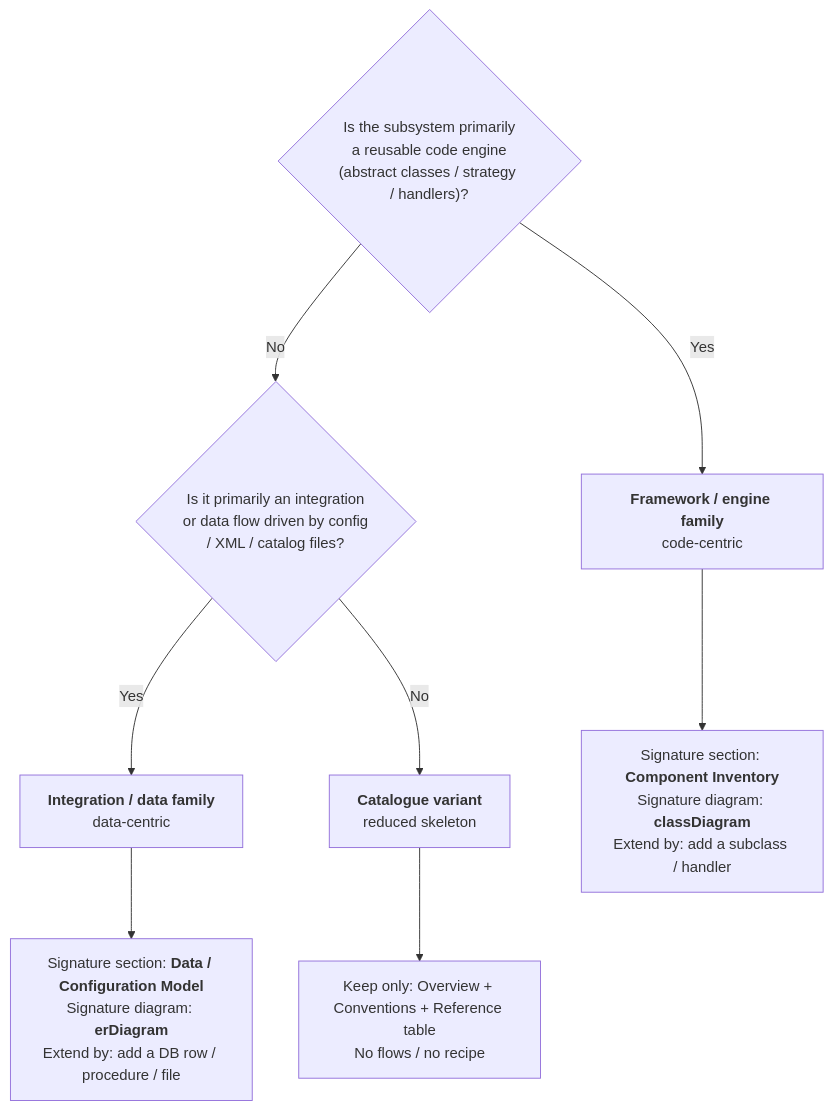
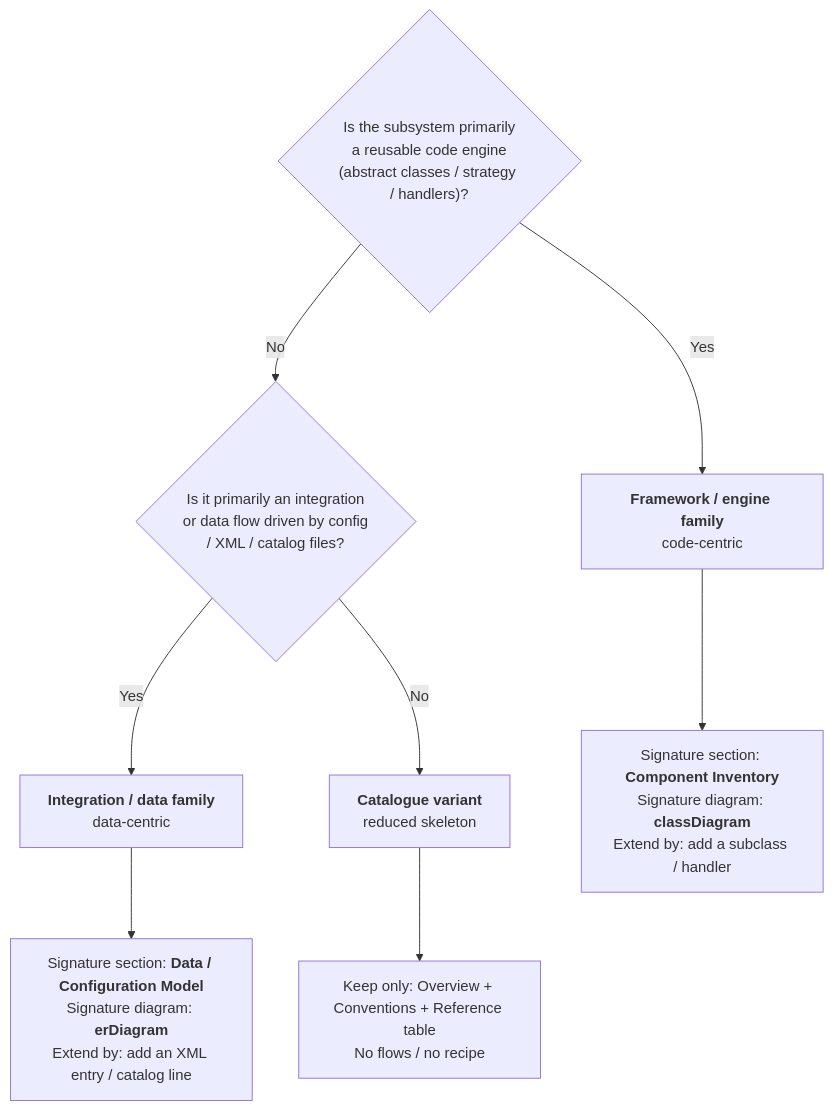
Before and after one commit to alesky78/TigerSupply: the second of 2 diagrams in documentation/subsystems/subsystem-documentation-guide.md, drawn with Mermaid. The commit also changed other lines of this file and 32 other files, not shown here.

````diff
--- a/documentation/subsystems/subsystem-documentation-guide.md
+++ b/documentation/subsystems/subsystem-documentation-guide.md
@@ -103,12 +103,12 @@
 ```mermaid
 flowchart TD
     Q1{"Is the subsystem primarily<br/>a reusable code engine<br/>(abstract classes / strategy / handlers)?"}
     Q1 -->|Yes| FAM_A["<b>Framework / engine family</b><br/>code-centric"]
     Q1 -->|No| Q2{"Is it primarily an integration<br/>or data flow driven by config<br/>/ XML / catalog files?"}
     Q2 -->|Yes| FAM_B["<b>Integration / data family</b><br/>data-centric"]
     Q2 -->|No| FAM_C["<b>Catalogue variant</b><br/>reduced skeleton"]
 
     FAM_A --> A1["Signature section: <b>Component Inventory</b><br/>Signature diagram: <b>classDiagram</b><br/>Extend by: add a subclass / handler"]
-    FAM_B --> B1["Signature section: <b>Data / Configuration Model</b><br/>Signature diagram: <b>erDiagram</b><br/>Extend by: add a DB row / procedure / file"]
+    FAM_B --> B1["Signature section: <b>Data / Configuration Model</b><br/>Signature diagram: <b>erDiagram</b><br/>Extend by: add an XML entry / catalog line"]
     FAM_C --> C1["Keep only: Overview + Conventions + Reference table<br/>No flows / no recipe"]
 ```
````
